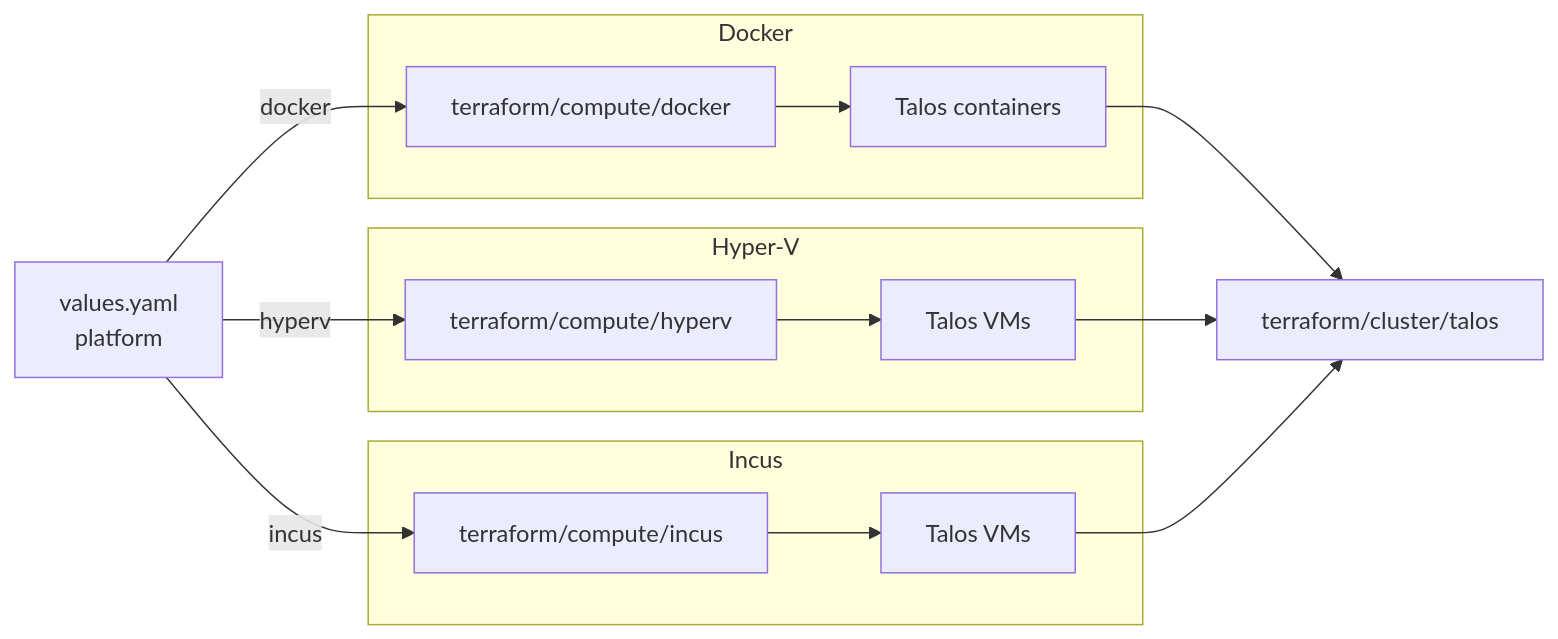
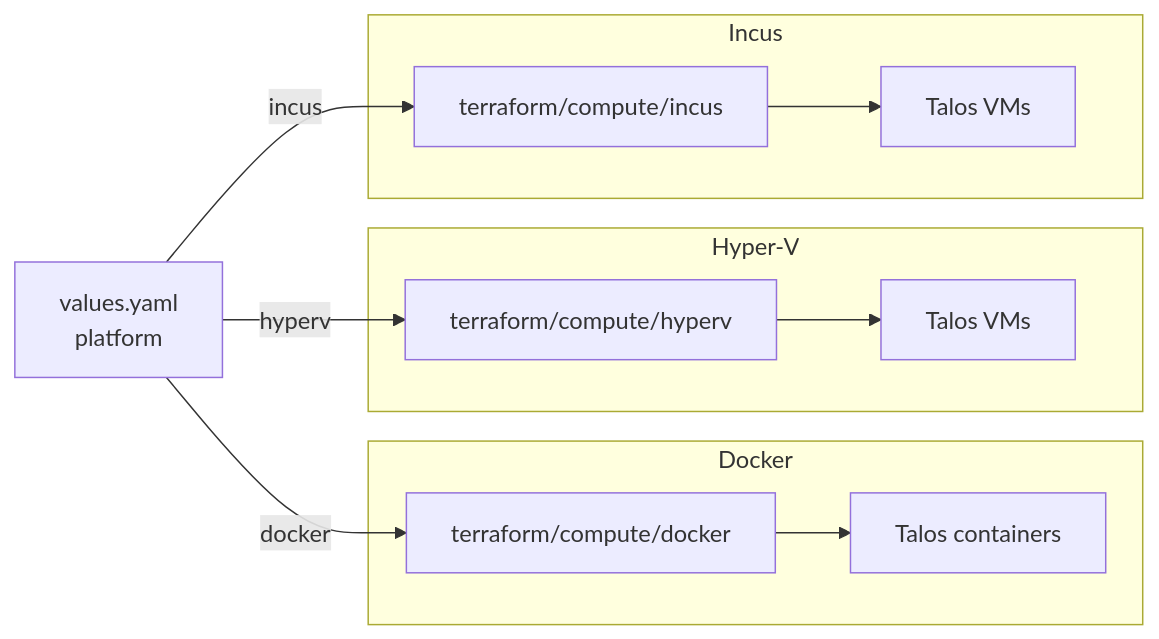
One commit to windsorcli/core changed the diagram in terraform/compute/README.md. Above: the diagram before and after it, drawn with Mermaid. The commit also changed 3 other files, not shown here.

Commit message:
chore(docs): update flowcharts in README files to reflect changes in cluster and compute relationships

````diff
--- a/terraform/compute/README.md
+++ b/terraform/compute/README.md
@@ -22,31 +22,26 @@
 ```mermaid
 flowchart LR
   values[values.yaml<br/>platform]
 
   subgraph dockerpath[Docker]
     tfDocker[terraform/compute/docker]
     dockerNodes[Talos containers]
   end
 
   subgraph hyperv[Hyper-V]
     tfHyperv[terraform/compute/hyperv]
     hvNodes[Talos VMs]
   end
 
   subgraph incus[Incus]
     tfIncus[terraform/compute/incus]
     incNodes[Talos VMs]
   end
 
-  cluster[terraform/cluster/talos]
-
   values -->|docker| tfDocker
   values -->|hyperv| tfHyperv
   values -->|incus| tfIncus
   tfDocker --> dockerNodes
   tfHyperv --> hvNodes
   tfIncus --> incNodes
-  dockerNodes --> cluster
-  hvNodes --> cluster
-  incNodes --> cluster
 ```
````
